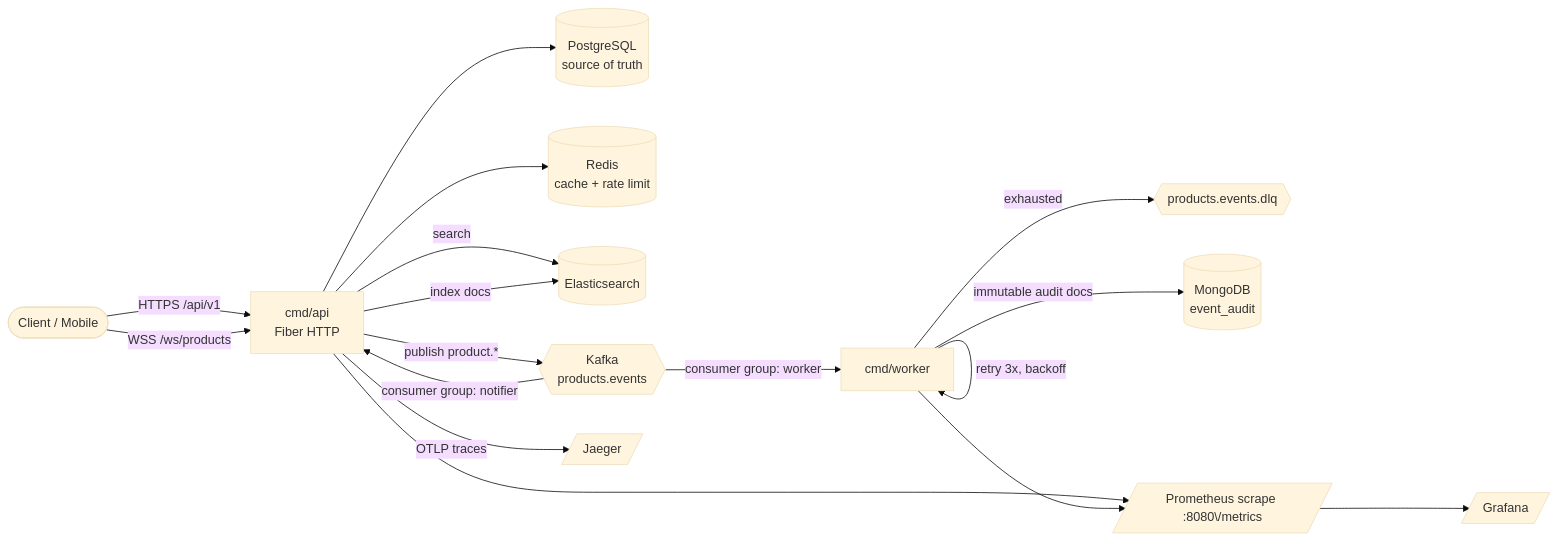
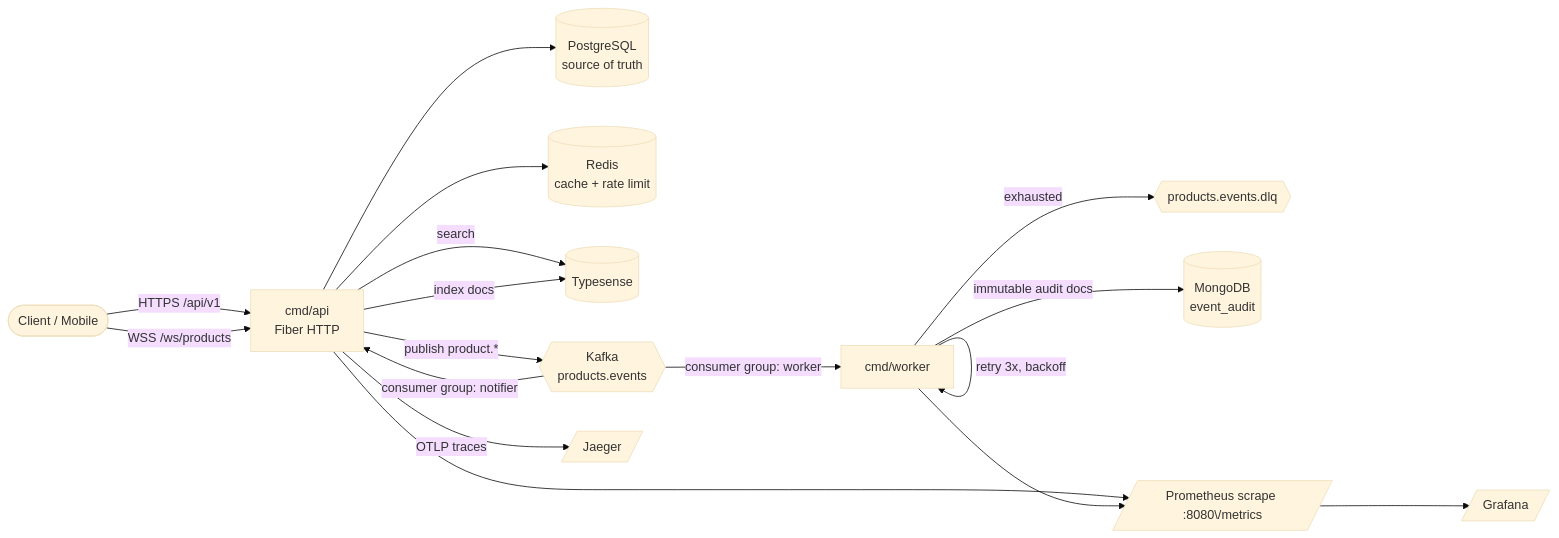
Before and after one commit to VerdoFanv/go-commerce: the diagram in README.md, drawn with Mermaid (base theme). The commit also changed other lines of this file and 28 other files, not shown here.

````diff
--- a/README.md
+++ b/README.md
@@ -27,23 +28,23 @@
 ```mermaid
 flowchart LR
     Client([Client / Mobile]) -->|HTTPS /api/v1| API[cmd/api<br/>Fiber HTTP]
     Client -->|WSS /ws/products| API
 
     API --> PG[(PostgreSQL<br/>source of truth)]
     API --> Redis[(Redis<br/>cache + rate limit)]
-    API -->|search| ES[(Elasticsearch)]
-    API -->|index docs| ES
+    API -->|search| TS[(Typesense)]
+    API -->|index docs| TS
 
     API -->|publish product.*| Kafka{{Kafka<br/>products.events}}
 
     Kafka -->|consumer group: notifier| API
     Kafka -->|consumer group: worker| Worker[cmd/worker]
     Worker -->|retry 3x, backoff| Worker
     Worker -->|exhausted| DLQ{{products.events.dlq}}
     Worker -->|immutable audit docs| Mongo[(MongoDB<br/>event_audit)]
 
     API --> Prom[/Prometheus scrape :8080\/metrics/]
     Worker --> Prom
     API -->|OTLP traces| Jaeger[/Jaeger/]
     Prom --> Grafana[/Grafana/]
 ```
````
